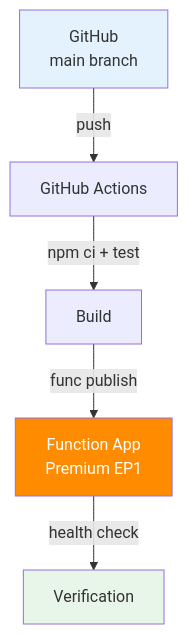
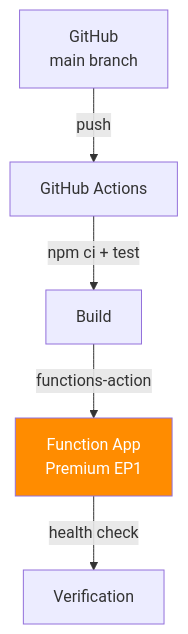
The diagram in docs/language-guides/nodejs/tutorial/premium/06-ci-cd.md (yeongseon/azure-functions-practical-guide), drawn with Mermaid before and after one commit. The commit also changed other lines of this file and 4 other files, not shown here.

First line of the commit message:
docs(diagrams): clarify Node.js CI/CD tutorial flows (#507)

````diff
--- a/docs/language-guides/nodejs/tutorial/premium/06-ci-cd.md
+++ b/docs/language-guides/nodejs/tutorial/premium/06-ci-cd.md
@@ -57,11 +58,11 @@
 ```mermaid
 flowchart TD
+    accTitle: Node.js Premium EP1 tutorial CI/CD stage order
+    accDescr: A push to main starts the embedded GitHub Actions workflow, followed by npm ci, tests if present, deployment of apps/nodejs with the Functions action, and a separate health check. This summarizes the intended Premium tutorial release flow, not a slot swap or evidence of successful execution; the embedded workflow has no path filter.
     GH[GitHub\nmain branch] -->|push| GA[GitHub Actions]
     GA -->|npm ci + test| BUILD[Build]
-    BUILD -->|func publish| FA[Function App\nPremium EP1]
+    BUILD -->|functions-action| FA[Function App\nPremium EP1]
     FA -->|health check| VERIFY[Verification]
 
-    style GH fill:#E3F2FD
     style FA fill:#ff8c00,color:#fff
-    style VERIFY fill:#E8F5E9
 ```
````
